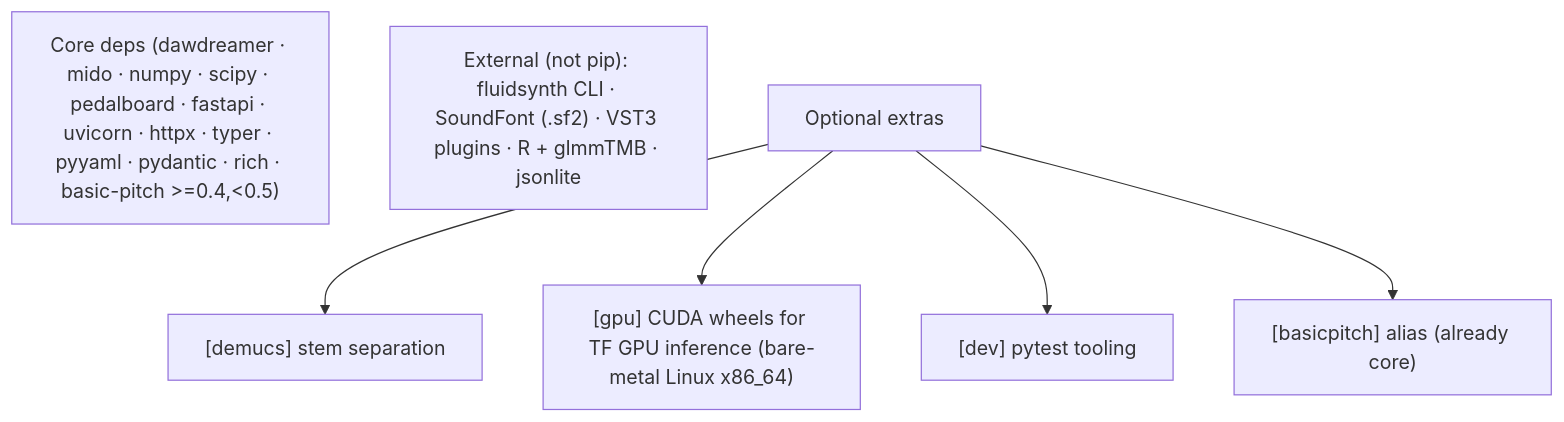
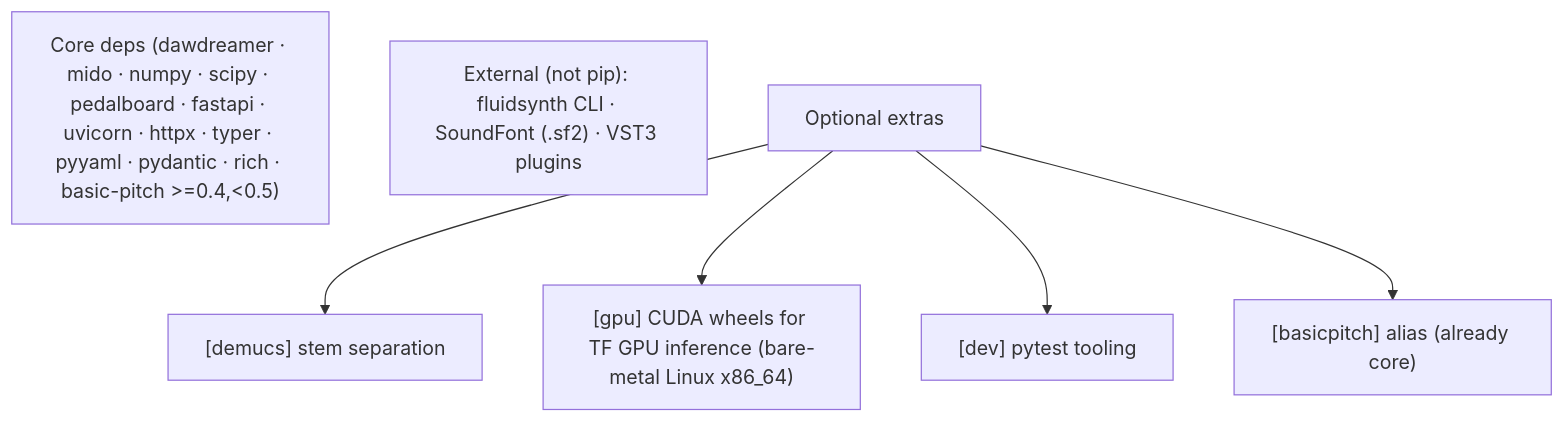
One commit to dadmaan/sonitra changed the ninth of 10 diagrams in ARCHITECTURE.md. Above: the diagram before and after it, drawn with Mermaid. The commit also changed other lines of this file and 16 other files, not shown here.

````diff
--- a/ARCHITECTURE.md
+++ b/ARCHITECTURE.md
@@ -246,12 +246,12 @@
 ```mermaid
 flowchart TB
     core["Core deps (dawdreamer · mido · numpy · scipy · pedalboard · fastapi · uvicorn · httpx · typer · pyyaml · pydantic · rich · basic-pitch >=0.4,<0.5)"]
-    ext["External (not pip): fluidsynth CLI · SoundFont (.sf2) · VST3 plugins · R + glmmTMB · jsonlite"]
+    ext["External (not pip): fluidsynth CLI · SoundFont (.sf2) · VST3 plugins"]
     extras["Optional extras"]
     demucs["[demucs] stem separation"]
     gpu["[gpu] CUDA wheels for TF GPU inference (bare-metal Linux x86_64)"]
     dev["[dev] pytest tooling"]
     bp["[basicpitch] alias (already core)"]
 
     extras --> demucs & gpu & dev & bp
 ```
````
